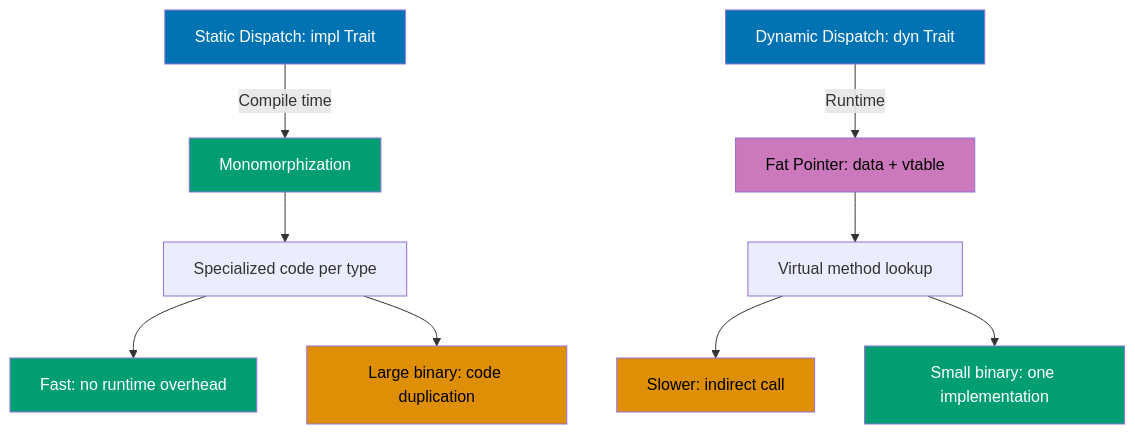
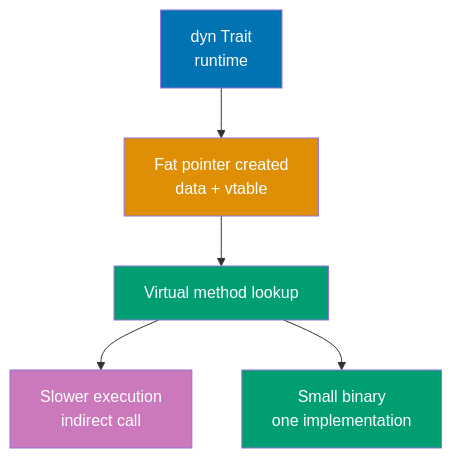
Before and after one commit to wahidyankf/open-sharia-enterprise: diagram 11 of 16 in apps/ayokoding-web/content/en/learn/software-engineering/programming-languages/rust/tutorials/by-example/advanced.md, drawn with Mermaid. The commit also changed other lines of this file and 86 other files, not shown here.

First line of the commit message:
feat(diagrams): implement TD default layout and diagram splitting for mobile

````diff
--- a/apps/ayokoding-web/content/en/learn/software-engineering/programming-languages/rust/tutorials/by-example/advanced.md
+++ b/apps/ayokoding-web/content/en/learn/software-engineering/programming-languages/rust/tutorials/by-example/advanced.md
@@ -2497,22 +2517,15 @@
 ```mermaid
-%% Static vs dynamic dispatch comparison
+%% Color Palette: Blue #0173B2, Orange #DE8F05, Teal #029E73, Purple #CC78BC, Brown #CA9161
 graph TD
-    A[Static Dispatch: impl Trait] -->|Compile time| B[Monomorphization]
-    B --> C[Specialized code per type]
-    C --> D[Fast: no runtime overhead]
-    C --> E[Large binary: code duplication]
+    Start["dyn Trait<br/>runtime"]
+    Start --> Pointer[Fat pointer created<br/>data + vtable]
+    Pointer --> Lookup[Virtual method lookup]
+    Lookup --> Slow[Slower execution<br/>indirect call]
+    Lookup --> Size[Small binary<br/>one implementation]
 
-    F[Dynamic Dispatch: dyn Trait] -->|Runtime| G[Fat Pointer: data + vtable]
-    G --> H[Virtual method lookup]
-    H --> I[Slower: indirect call]
-    H --> J[Small binary: one implementation]
-
-    style A fill:#0173B2,color:#fff
-    style B fill:#029E73,color:#fff
-    style D fill:#029E73,color:#fff
-    style E fill:#DE8F05,color:#000
-    style F fill:#0173B2,color:#fff
-    style G fill:#CC78BC,color:#000
-    style I fill:#DE8F05,color:#000
-    style J fill:#029E73,color:#fff
+    style Start fill:#0173B2,color:#fff
+    style Pointer fill:#DE8F05,color:#fff
+    style Lookup fill:#029E73,color:#fff
+    style Slow fill:#CC78BC,color:#fff
+    style Size fill:#029E73,color:#fff
 ```
````
